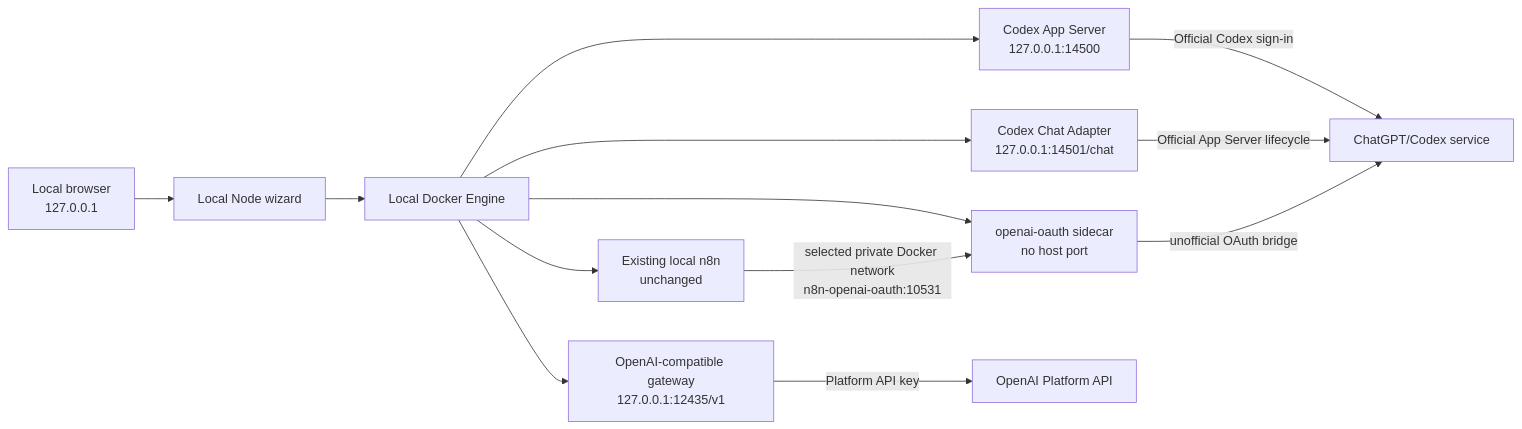
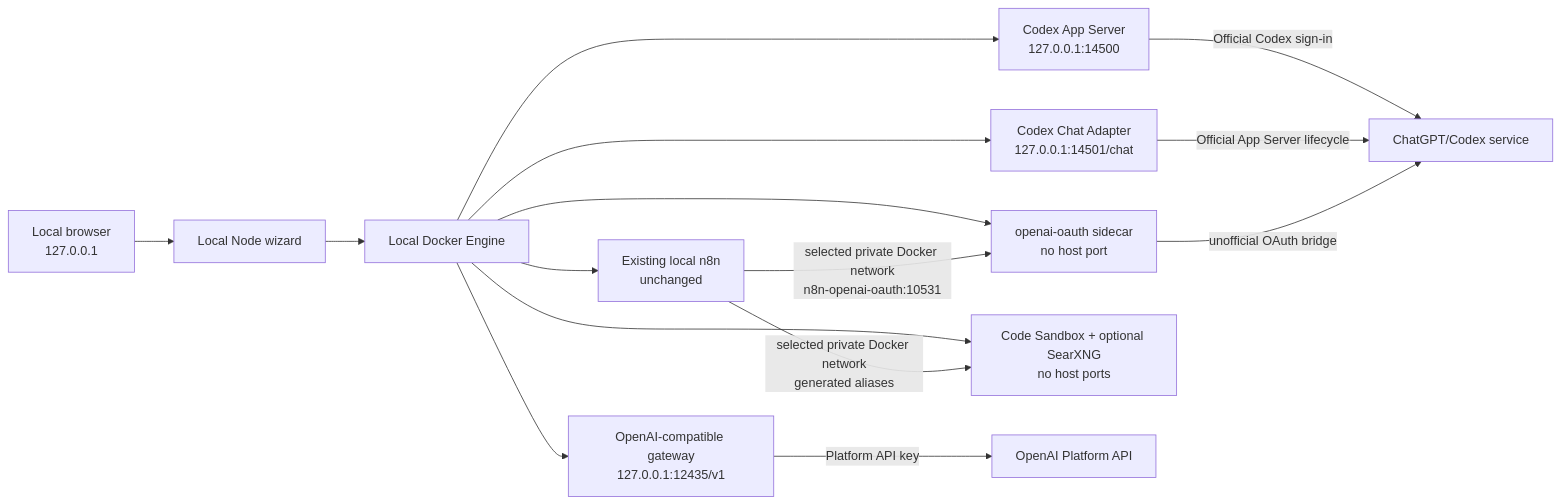
One commit to Demonbane18/relmio changed the second of 2 diagrams in docs/architecture.md. Above: the diagram before and after it, drawn with Mermaid. The commit also changed other lines of this file and 21 other files, not shown here.

````diff
--- a/docs/architecture.md
+++ b/docs/architecture.md
@@ -27,15 +27,17 @@
 ```mermaid
 flowchart LR
   B["Local browser<br>127.0.0.1"] --> W["Local Node wizard"]
   W --> D["Local Docker Engine"]
   D --> G["OpenAI-compatible gateway<br>127.0.0.1:12435/v1"]
   D --> A["Codex App Server<br>127.0.0.1:14500"]
   D --> H["Codex Chat Adapter<br>127.0.0.1:14501/chat"]
   D --> N["Existing local n8n<br>unchanged"]
   D --> S["openai-oauth sidecar<br>no host port"]
+  D --> X["Code Sandbox + optional SearXNG<br>no host ports"]
   N -->|"selected private Docker network<br>n8n-openai-oauth:10531"| S
+  N -->|"selected private Docker network<br>generated aliases"| X
   G -->|"Platform API key"| P["OpenAI Platform API"]
   A -->|"Official Codex sign-in"| C["ChatGPT/Codex service"]
   H -->|"Official App Server lifecycle"| C
   S -->|"unofficial OAuth bridge"| C
 ```
````
